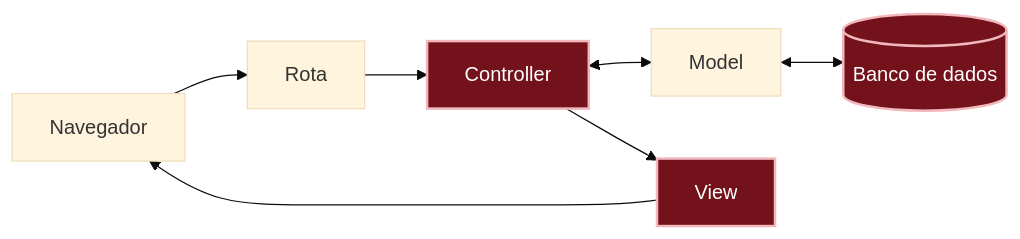
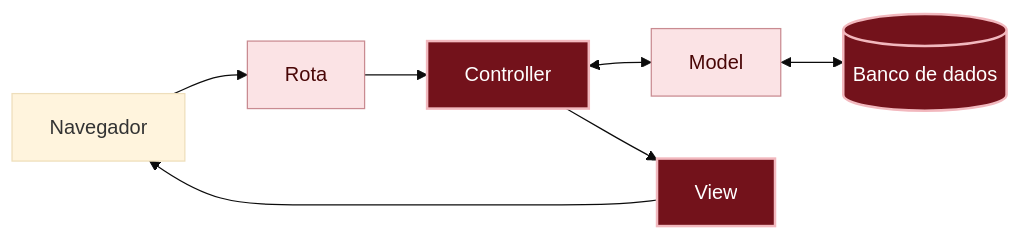
The diagram in projetos/mural-de-recados/06-como-deixar-o-mural-mais-bonito/o-que-aconteceu.md (RailsGirls-SP/guia-railsgirls-sp), drawn with Mermaid (base theme) before and after one commit. The commit also changed other lines of this file and 17 other files, not shown here.

````diff
--- a/projetos/mural-de-recados/06-como-deixar-o-mural-mais-bonito/o-que-aconteceu.md
+++ b/projetos/mural-de-recados/06-como-deixar-o-mural-mais-bonito/o-que-aconteceu.md
@@ -23,10 +23,12 @@
 ```mermaid
 flowchart LR
   Navegador --> Rota --> Controller
   Controller <--> Model
   Model <--> Banco[(Banco de dados)]
   Controller --> View --> Navegador
 
   classDef aqui fill:#73121b,stroke:#f2b8be,stroke-width:2px,color:#fff
+  classDef visto fill:#fbe3e5,stroke:#c98b91,color:#490606
   class Controller,Banco,View aqui
+  class Rota,Model visto
 ```
````
